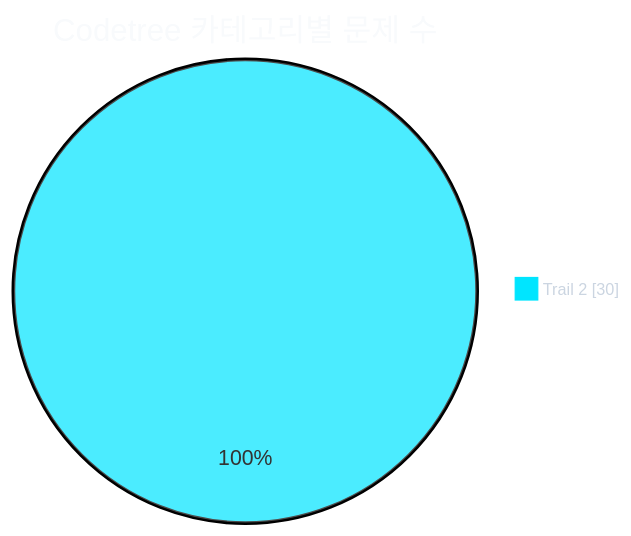
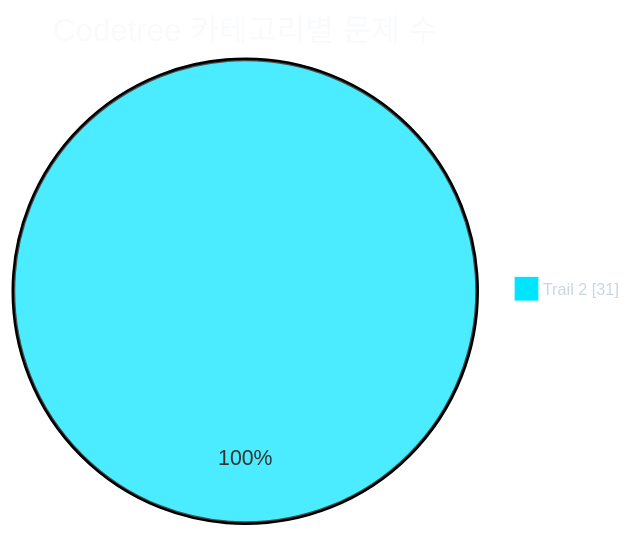
The first of 2 diagrams in readme.md (CHOOSLA/Algorithm), drawn with Mermaid before and after one commit. The commit also changed other lines of this file and 2 other files, not shown here.

````diff
--- a/readme.md
+++ b/readme.md
@@ -31,21 +31,21 @@
 ```mermaid
 ---
 config:
   theme: base
   themeVariables:
     background: '#0d1117'
     pieTitleTextColor: '#f8fafc'
     pieLegendTextColor: '#cbd5e1'
     pieLegendTextSize: '13px'
     pie1: '#00e5ff'
     pie2: '#22c55e'
     pie3: '#f59e0b'
     pie4: '#a855f7'
     pie5: '#ec4899'
     pie6: '#3b82f6'
     pie7: '#64748b'
 ---
 pie showData
   title Codetree 카테고리별 문제 수
-  "Trail 2" : 30
+  "Trail 2" : 31
 ```
````
